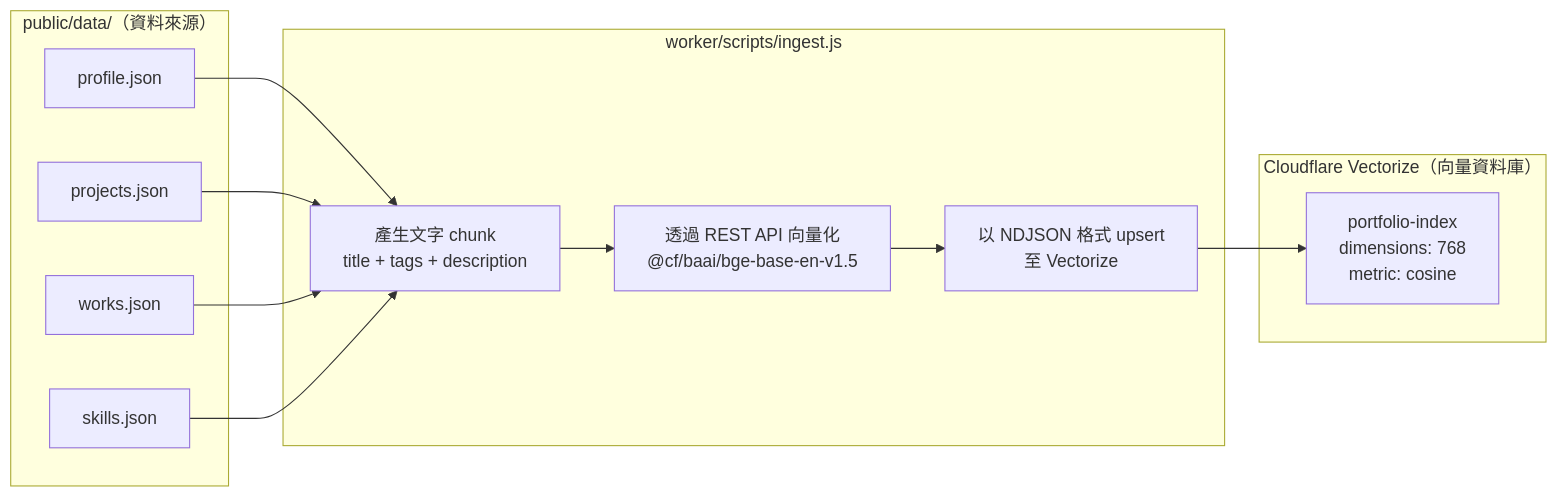
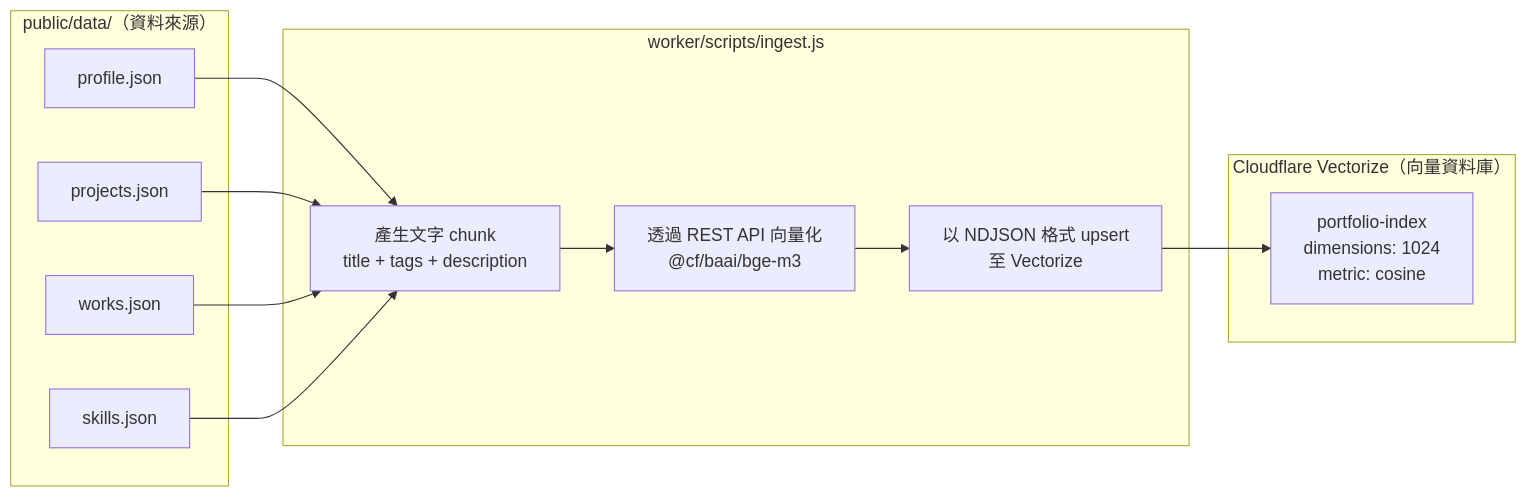
One commit to a920604a/self-reusme-website changed the sixth of 7 diagrams in docs/architecture.md. Above: the diagram before and after it, drawn with Mermaid. The commit also changed other lines of this file and 4 other files, not shown here.

````diff
--- a/docs/architecture.md
+++ b/docs/architecture.md
@@ -137,21 +137,21 @@
 ```mermaid
 flowchart LR
     subgraph Source["public/data/（資料來源）"]
         P["profile.json"]
         PR["projects.json"]
         W["works.json"]
         S["skills.json"]
     end
 
     subgraph Script["worker/scripts/ingest.js"]
         CHUNK["產生文字 chunk\ntitle + tags + description"]
-        EMBED["透過 REST API 向量化\n@cf/baai/bge-base-en-v1.5"]
+        EMBED["透過 REST API 向量化\n@cf/baai/bge-m3"]
         UPSERT["以 NDJSON 格式 upsert\n至 Vectorize"]
     end
 
     subgraph VZ["Cloudflare Vectorize（向量資料庫）"]
-        IDX["portfolio-index\ndimensions: 768\nmetric: cosine"]
+        IDX["portfolio-index\ndimensions: 1024\nmetric: cosine"]
     end
 
     P & PR & W & S --> CHUNK --> EMBED --> UPSERT --> IDX
 ```
````
